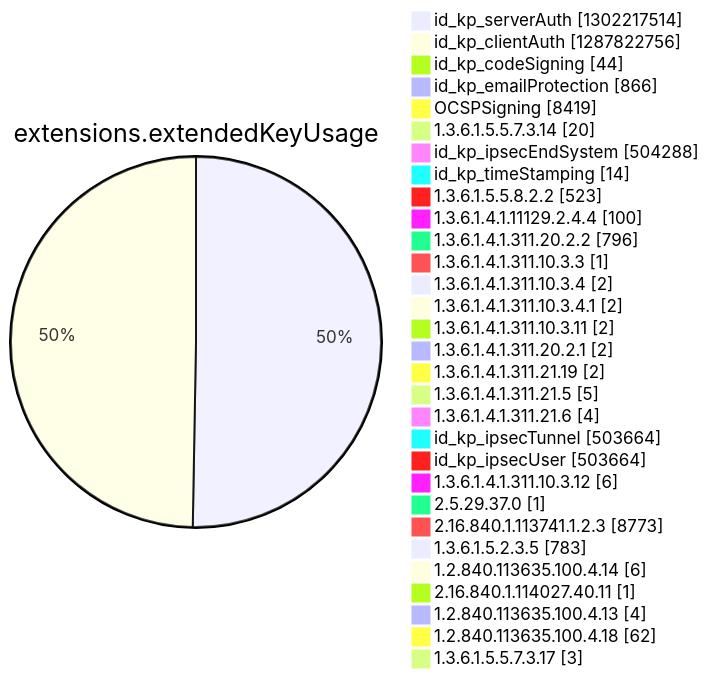
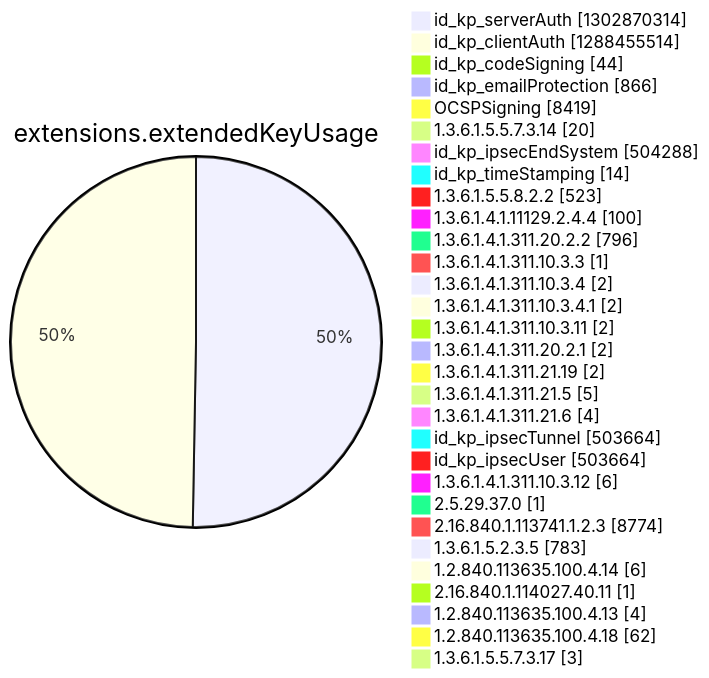
Diagram 12 of 15 in argon2022/README.md (christiankrug/ctmonitor_visualization), drawn with Mermaid before and after one commit. The commit also changed other lines of this file, not shown here.

````diff
--- a/argon2022/README.md
+++ b/argon2022/README.md
@@ -3551,34 +3551,34 @@
 ```mermaid
 pie showData
 title extensions.extendedKeyUsage
-"id_kp_serverAuth" :1302217514
-"id_kp_clientAuth" :1287822756
+"id_kp_serverAuth" :1302870314
+"id_kp_clientAuth" :1288455514
 "id_kp_codeSigning" :44
 "id_kp_emailProtection" :866
 "OCSPSigning" :8419
 "1.3.6.1.5.5.7.3.14" :20
 "id_kp_ipsecEndSystem" :504288
 "id_kp_timeStamping" :14
 "1.3.6.1.5.5.8.2.2" :523
 "1.3.6.1.4.1.11129.2.4.4" :100
 "1.3.6.1.4.1.311.20.2.2" :796
 "1.3.6.1.4.1.311.10.3.3" :1
 "1.3.6.1.4.1.311.10.3.4" :2
 "1.3.6.1.4.1.311.10.3.4.1" :2
 "1.3.6.1.4.1.311.10.3.11" :2
 "1.3.6.1.4.1.311.20.2.1" :2
 "1.3.6.1.4.1.311.21.19" :2
 "1.3.6.1.4.1.311.21.5" :5
 "1.3.6.1.4.1.311.21.6" :4
 "id_kp_ipsecTunnel" :503664
 "id_kp_ipsecUser" :503664
 "1.3.6.1.4.1.311.10.3.12" :6
 "2.5.29.37.0" :1
-"2.16.840.1.113741.1.2.3" :8773
+"2.16.840.1.113741.1.2.3" :8774
 "1.3.6.1.5.2.3.5" :783
 "1.2.840.113635.100.4.14" :6
 "2.16.840.1.114027.40.11" :1
 "1.2.840.113635.100.4.13" :4
 "1.2.840.113635.100.4.18" :62
 "1.3.6.1.5.5.7.3.17" :3
 ```
````
